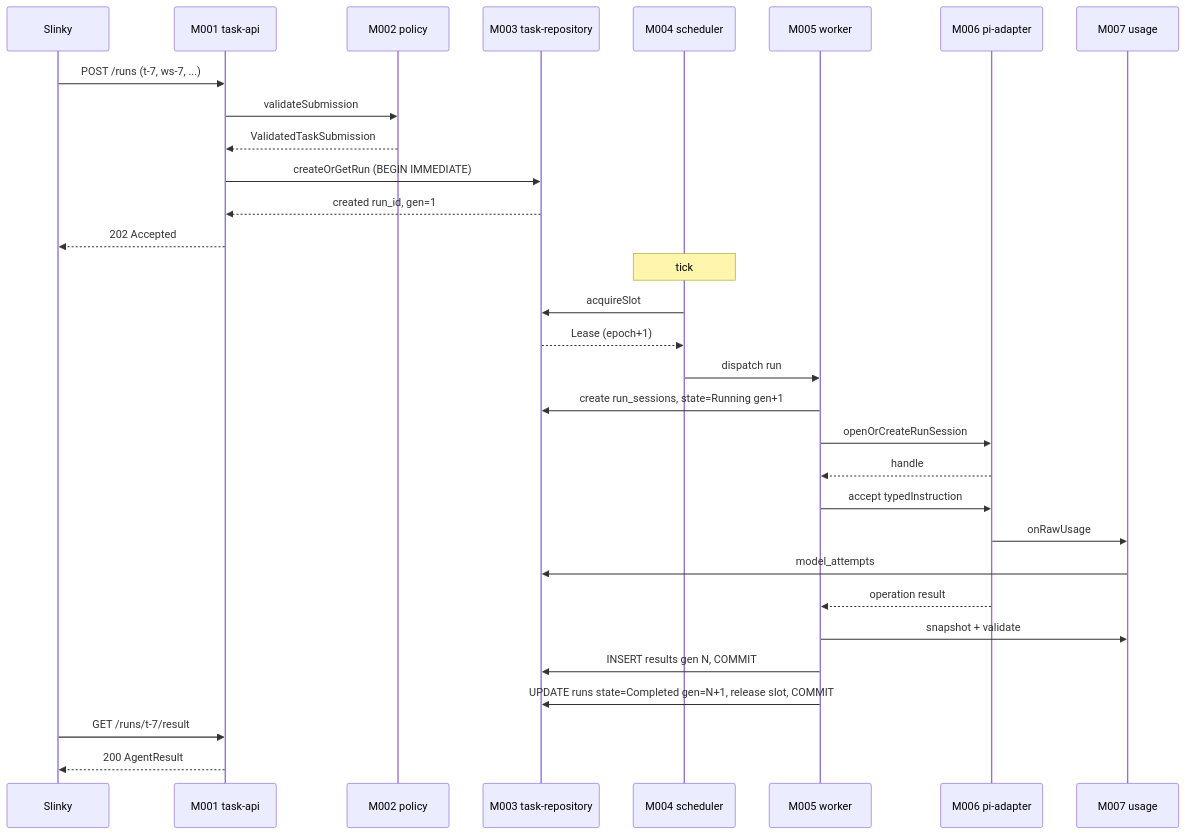
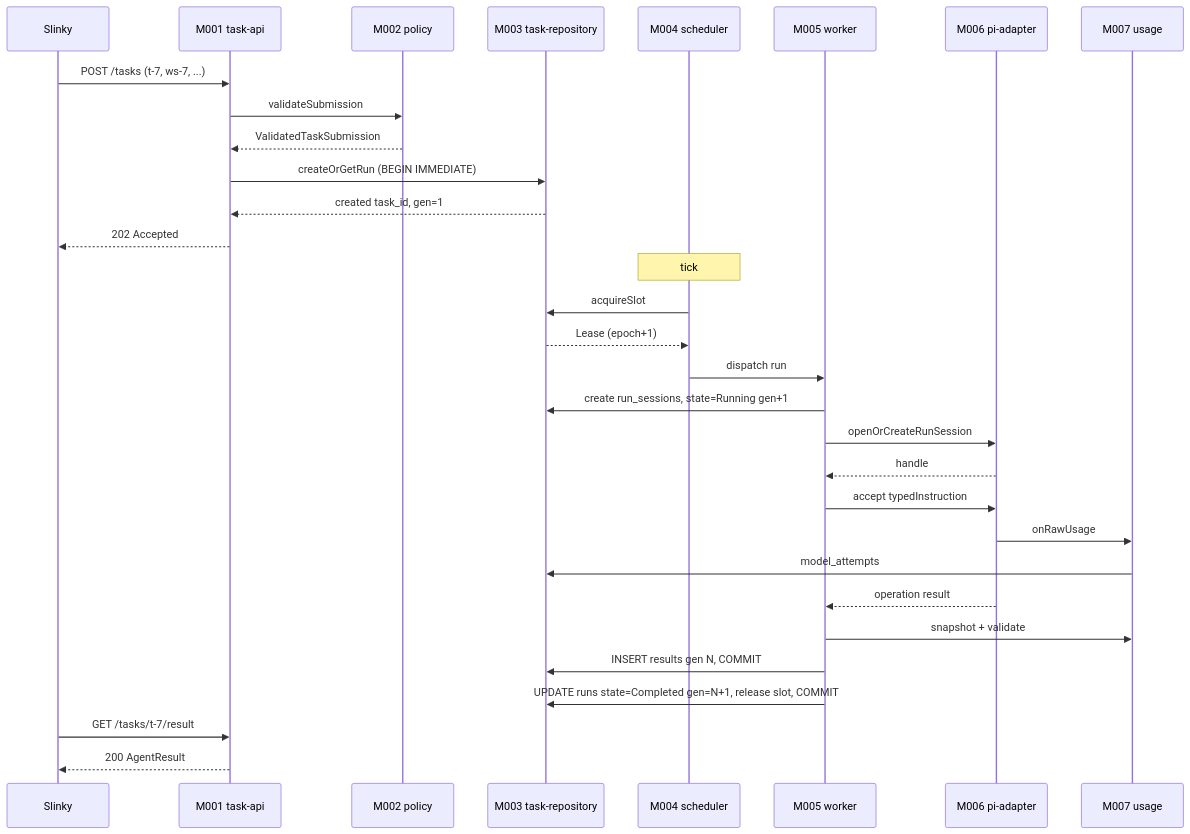
Before and after one commit to corezilla/piko: the fourth of 9 diagrams in docs/20_system_design/mechanisms/piko-run.md, drawn with Mermaid. The commit also changed other lines of this file and 20 other files, not shown here.

````diff
--- a/docs/20_system_design/mechanisms/piko-run.md
+++ b/docs/20_system_design/mechanisms/piko-run.md
@@ -429,33 +429,33 @@
 ```mermaid
 sequenceDiagram
   participant S as Slinky
   participant API as M001 task-api
   participant POL as M002 policy
   participant Repo as M003 task-repository
   participant Sch as M004 scheduler
   participant W as M005 worker
   participant PI as M006 pi-adapter
   participant Use as M007 usage
-  S->>API: POST /runs (t-7, ws-7, ...)
+  S->>API: POST /tasks (t-7, ws-7, ...)
   API->>POL: validateSubmission
   POL-->>API: ValidatedTaskSubmission
   API->>Repo: createOrGetRun (BEGIN IMMEDIATE)
-  Repo-->>API: created run_id, gen=1
+  Repo-->>API: created task_id, gen=1
   API-->>S: 202 Accepted
   Note over Sch: tick
   Sch->>Repo: acquireSlot
   Repo-->>Sch: Lease (epoch+1)
   Sch->>W: dispatch run
   W->>Repo: create run_sessions, state=Running gen+1
   W->>PI: openOrCreateRunSession
   PI-->>W: handle
   W->>PI: accept typedInstruction
   PI->>Use: onRawUsage
   Use->>Repo: model_attempts
   PI-->>W: operation result
   W->>Use: snapshot + validate
   W->>Repo: INSERT results gen N, COMMIT
   W->>Repo: UPDATE runs state=Completed gen=N+1, release slot, COMMIT
-  S->>API: GET /runs/t-7/result
+  S->>API: GET /tasks/t-7/result
   API-->>S: 200 AgentResult
 ```
````
